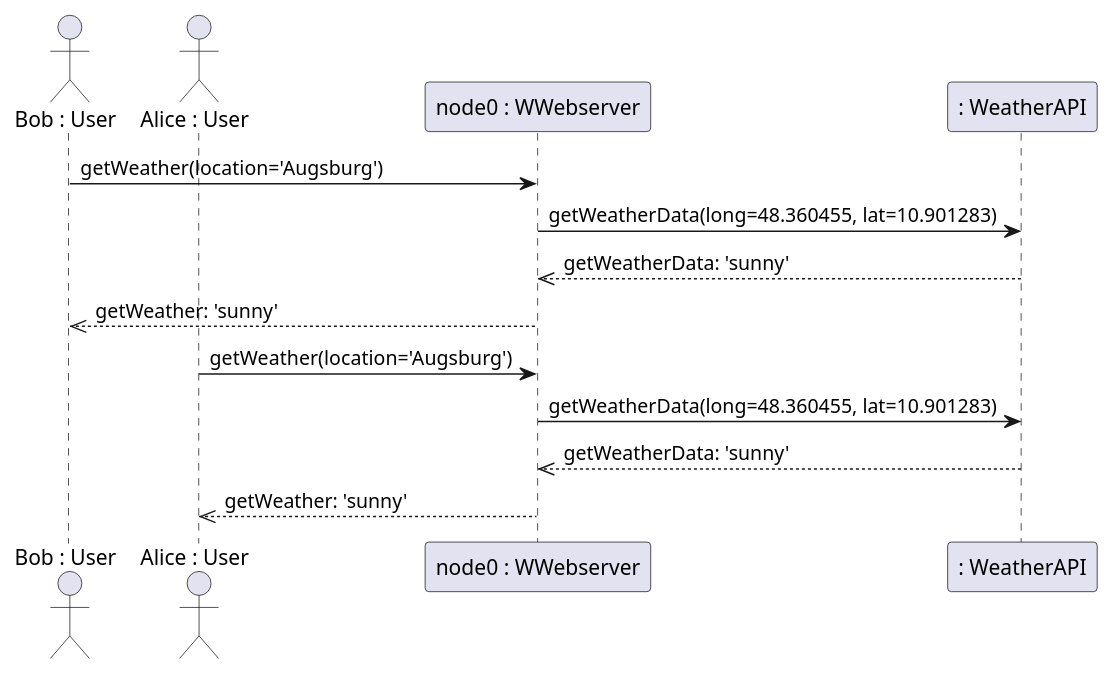
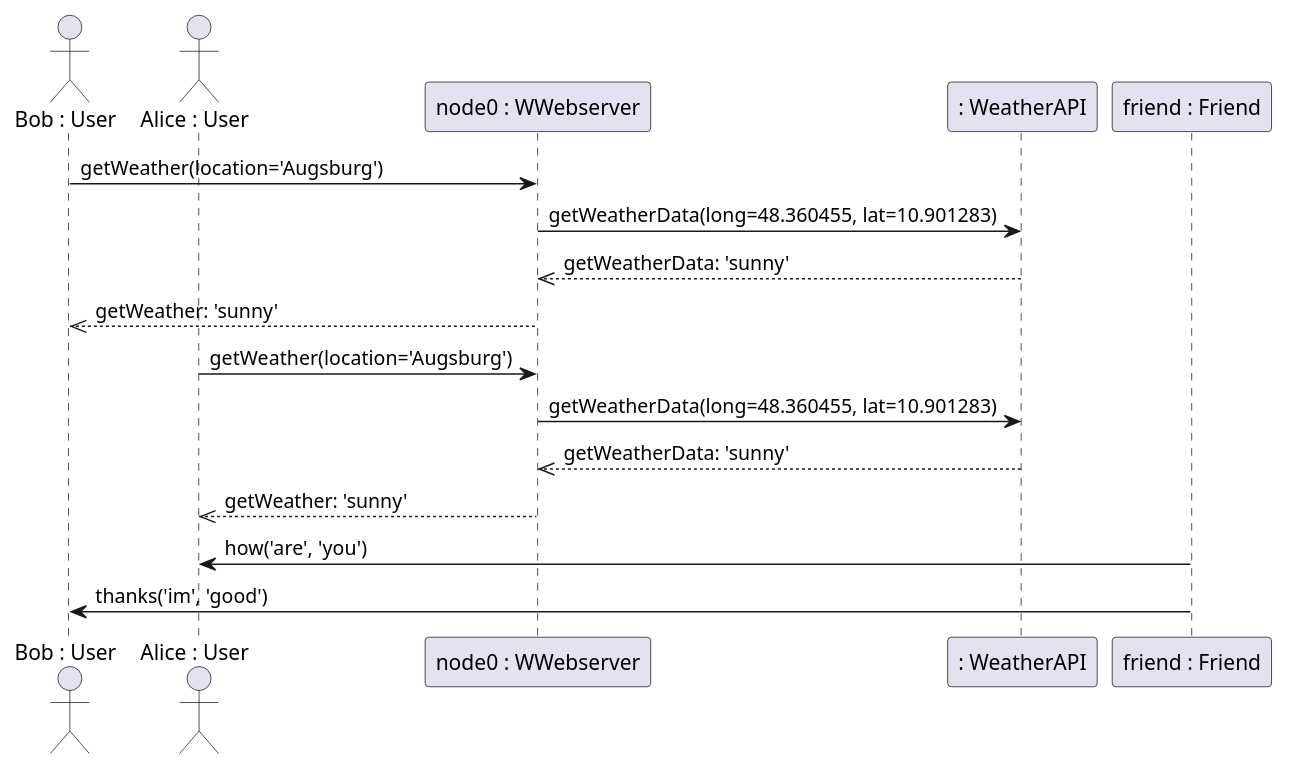
One commit to elite-se/mdd-puml-to-uml changed the diagram in qvto/models/example.plantuml. Above: the diagram before and after it, drawn with PlantUML. The commit also changed 2 other files, not shown here.

```diff
--- a/qvto/models/example.plantuml
+++ b/qvto/models/example.plantuml
@@ -1,14 +1,17 @@
 @startuml
 actor "Bob : User" as Bob
 actor "Alice : User" as Alice
 participant "node0 : WWebserver" as node0
 participant ": WeatherAPI" as anonymusWeatherAPI1
+participant "friend : Friend" as friend
 Bob -> node0: getWeather(location='Augsburg')
 node0 -> anonymusWeatherAPI1: getWeatherData(long=48.360455, lat=10.901283)
 node0 <<-- anonymusWeatherAPI1: getWeatherData: 'sunny'
 Bob <<-- node0: getWeather: 'sunny'
 Alice -> node0: getWeather(location='Augsburg')
 node0 -> anonymusWeatherAPI1: getWeatherData(long=48.360455, lat=10.901283)
 node0 <<-- anonymusWeatherAPI1: getWeatherData: 'sunny'
 Alice <<-- node0: getWeather: 'sunny'
+friend -> Alice : how('are', 'you')
+friend -> Bob : thanks('im', 'good')
 @enduml
```
